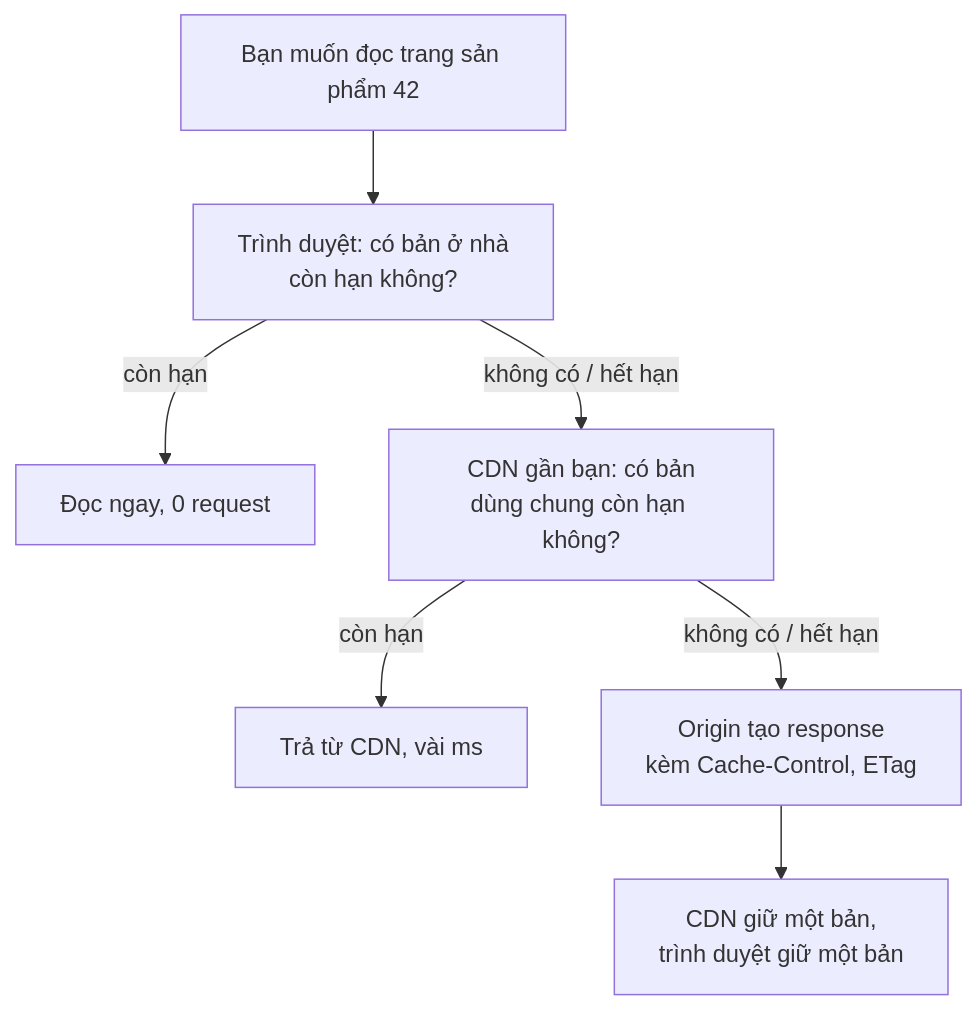
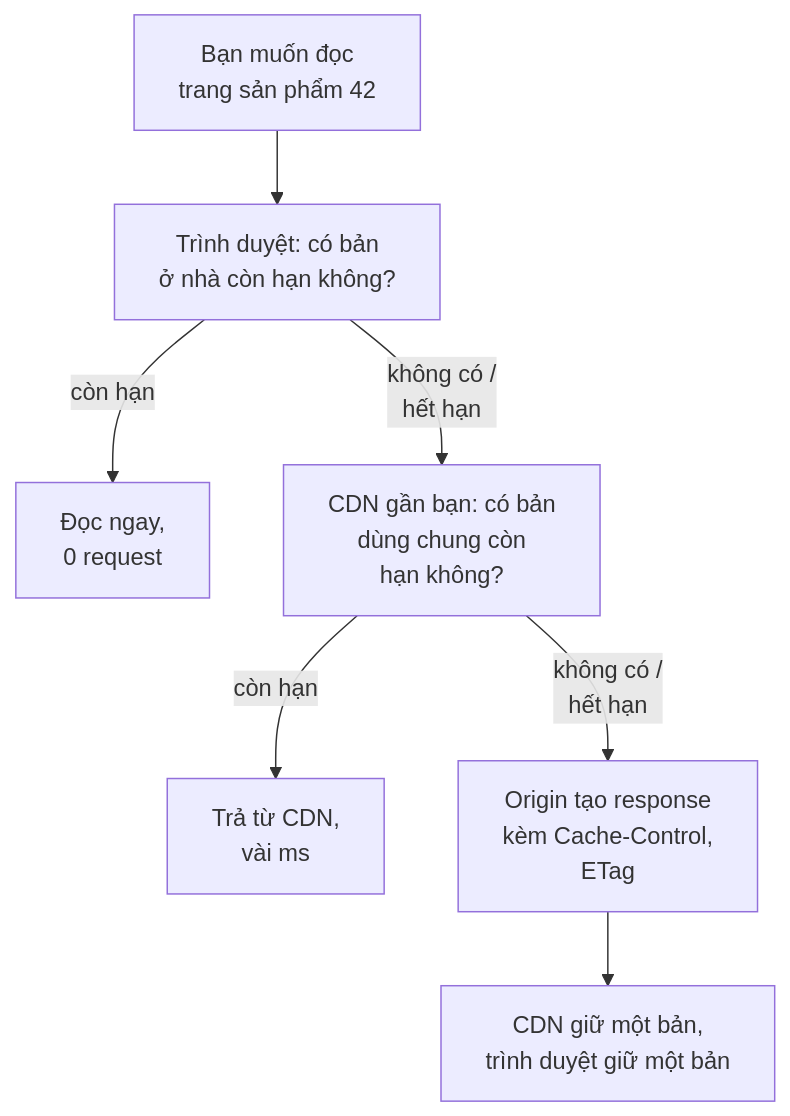
Before and after one commit to duongbui234/software-engineering-atlas: the diagram in content/posts/2026-11-22-caching-http.md, drawn with Mermaid. The commit also changed 134 other files, not shown here.

First line of the commit message:
Fit every Mermaid diagram at 390px without sideways scroll (#56)

````diff
--- a/content/posts/2026-11-22-caching-http.md
+++ b/content/posts/2026-11-22-caching-http.md
@@ -53,9 +53,9 @@
 ```mermaid
 flowchart TB
-    U["Bạn muốn đọc trang sản phẩm 42"] --> B["Trình duyệt: có bản ở nhà<br/>còn hạn không?"]
-    B -->|"còn hạn"| D1["Đọc ngay, 0 request"]
-    B -->|"không có / hết hạn"| C["CDN gần bạn: có bản<br/>dùng chung còn hạn không?"]
-    C -->|"còn hạn"| D2["Trả từ CDN, vài ms"]
-    C -->|"không có / hết hạn"| O["Origin tạo response<br/>kèm Cache-Control, ETag"]
+    U["Bạn muốn đọc<br/>trang sản phẩm 42"] --> B["Trình duyệt: có bản<br/>ở nhà còn hạn không?"]
+    B -->|"còn hạn"| D1["Đọc ngay,<br/>0 request"]
+    B -->|"không có /<br/>hết hạn"| C["CDN gần bạn: có bản<br/>dùng chung còn<br/>hạn không?"]
+    C -->|"còn hạn"| D2["Trả từ CDN,<br/>vài ms"]
+    C -->|"không có /<br/>hết hạn"| O["Origin tạo response<br/>kèm Cache-Control,<br/>ETag"]
     O --> D3["CDN giữ một bản,<br/>trình duyệt giữ một bản"]
 ```
````
